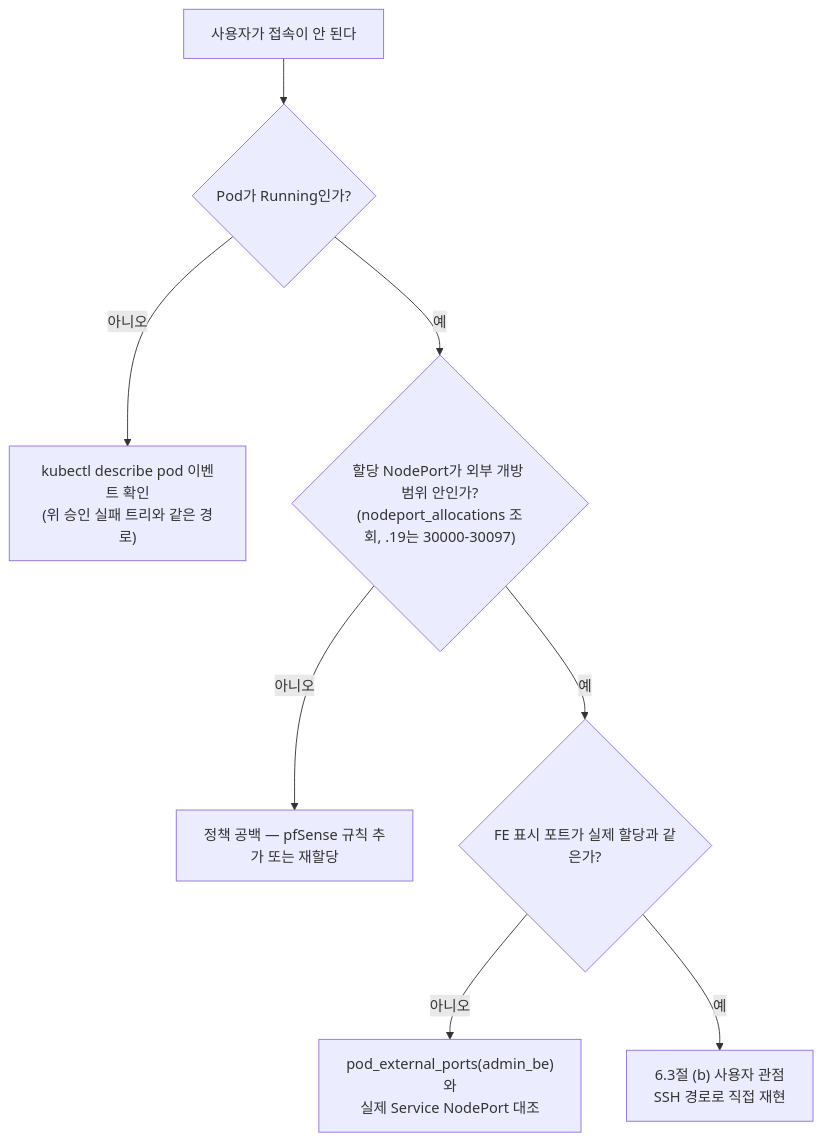
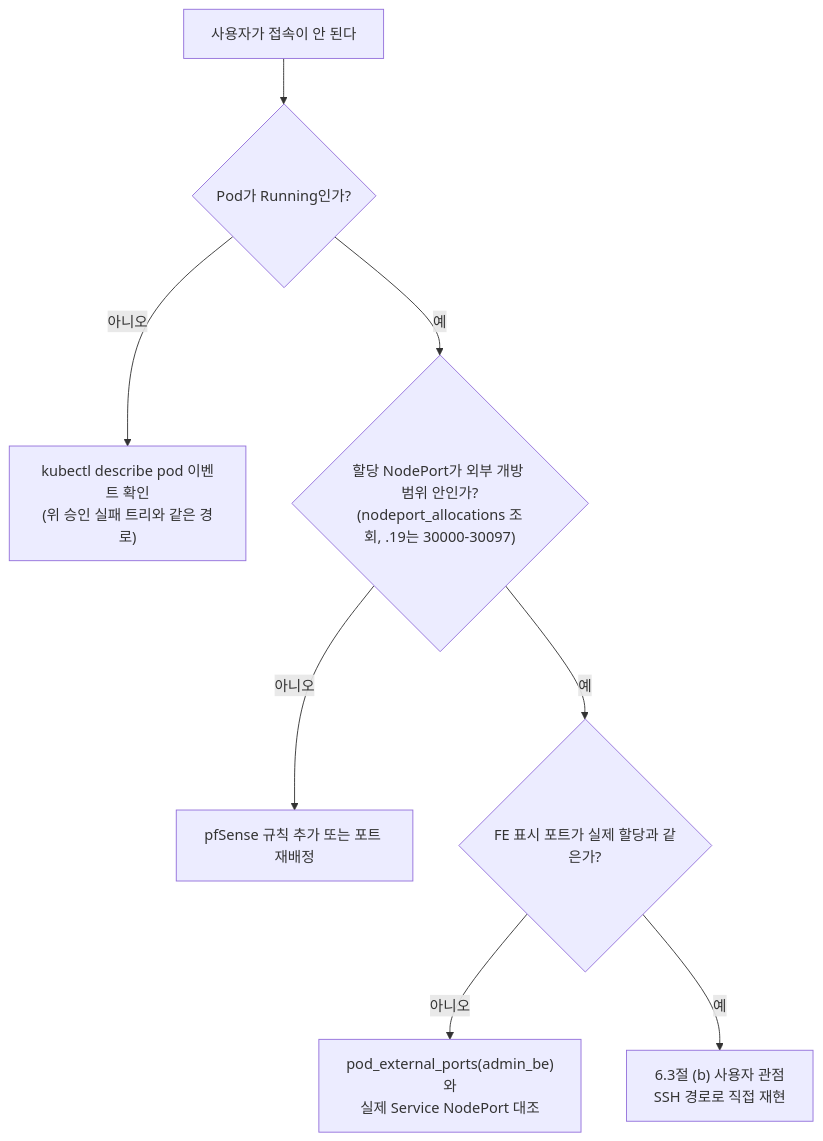
One commit to CSID-DGU/admin_wiki changed the fourth of 4 diagrams in md/infra/operations/운영-매뉴얼.md. Above: the diagram before and after it, drawn with Mermaid. The commit also changed other lines of this file and 13 other files, not shown here.

````diff
--- a/md/infra/operations/운영-매뉴얼.md
+++ b/md/infra/operations/운영-매뉴얼.md
@@ -587,10 +587,10 @@
 ```mermaid
 flowchart TD
     A2["사용자가 접속이 안 된다"] --> B2{"Pod가 Running인가?"}
     B2 -->|"아니오"| C2["kubectl describe pod 이벤트 확인<br/>(위 승인 실패 트리와 같은 경로)"]
     B2 -->|"예"| D2{"할당 NodePort가 외부 개방 범위 안인가?<br/>(nodeport_allocations 조회, .19는 30000-30097)"}
-    D2 -->|"아니오"| E2["정책 공백 — pfSense 규칙 추가 또는 재할당"]
+    D2 -->|"아니오"| E2["pfSense 규칙 추가 또는 포트 재배정"]
     D2 -->|"예"| F2{"FE 표시 포트가 실제 할당과 같은가?"}
     F2 -->|"아니오"| G2["pod_external_ports(admin_be)와<br/>실제 Service NodePort 대조"]
     F2 -->|"예"| H2["6.3절 (b) 사용자 관점<br/>SSH 경로로 직접 재현"]
 ```
````
